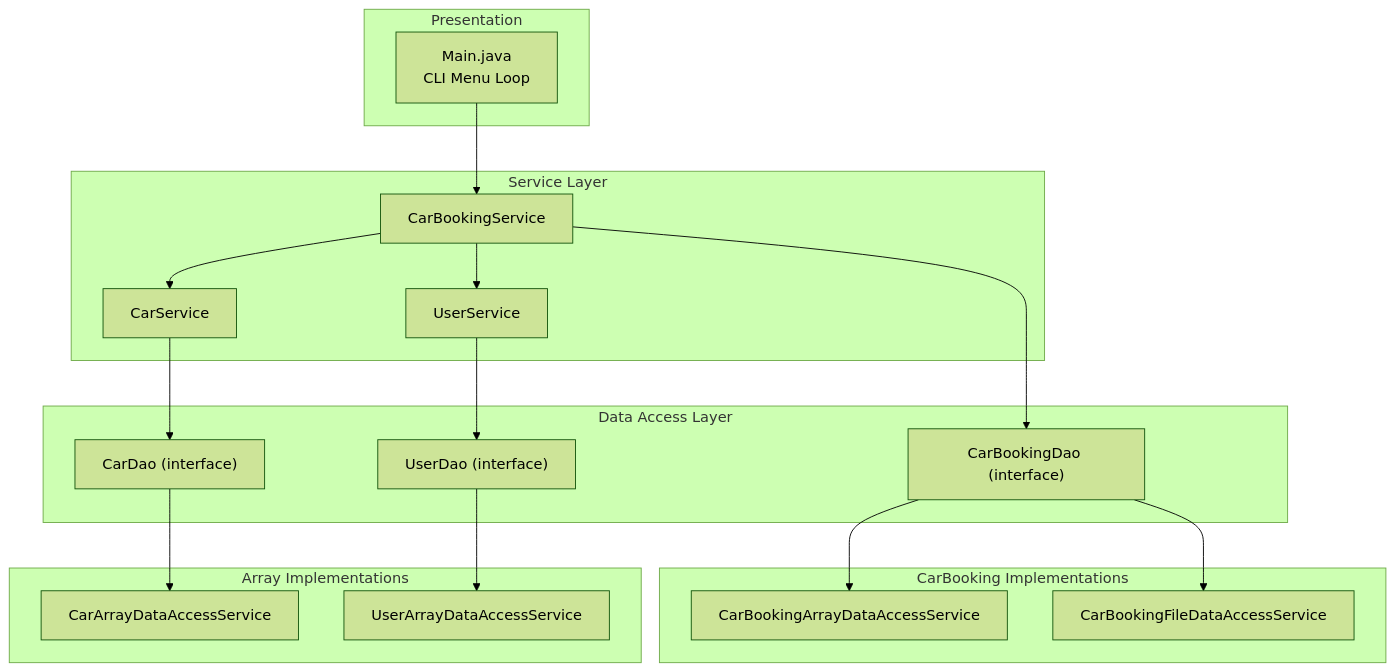
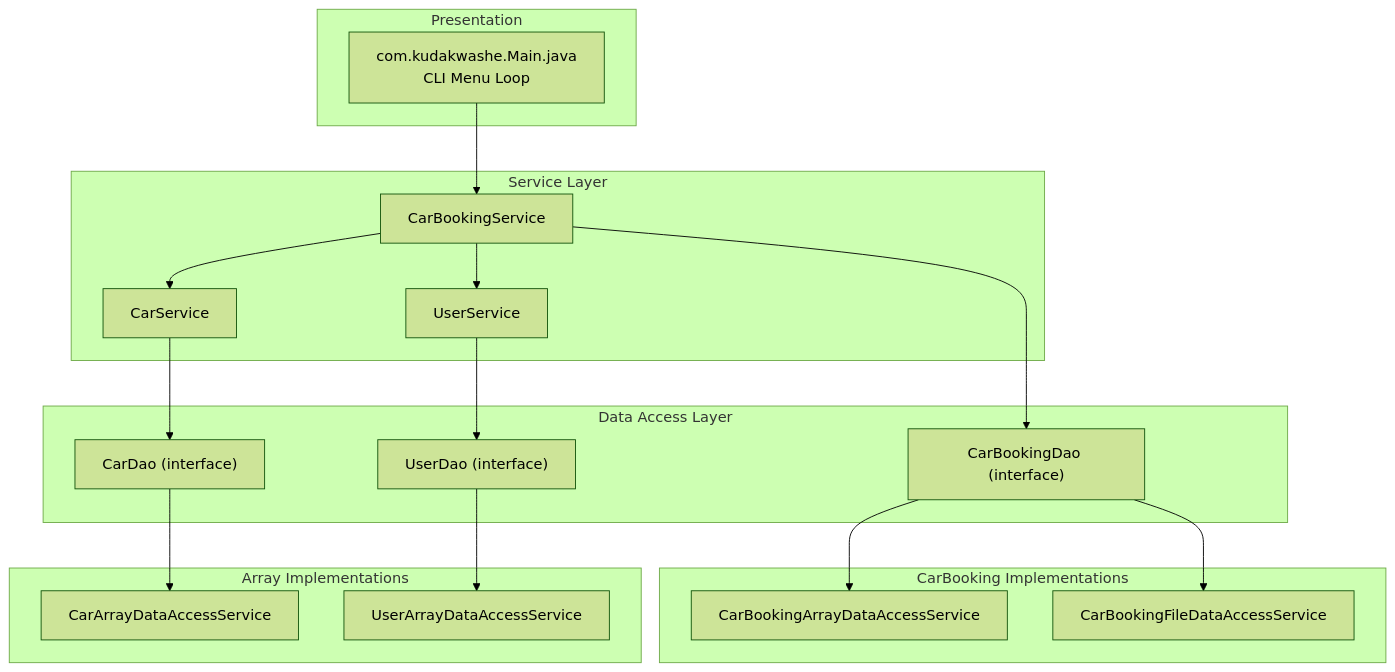
The sixth of 10 diagrams in README.md (siyagandak/java-master-class), drawn with Mermaid (forest theme) before and after one commit. The commit also changed other lines of this file and 1 other file, not shown here.

Commit message:
Move Main class into new package 'com.kudakwashe'

````diff
--- a/README.md
+++ b/README.md
@@ -437,39 +437,39 @@
 ```mermaid
 graph TB
     subgraph Presentation
-        M[Main.java<br>CLI Menu Loop]
+        M[com.kudakwashe.Main.java<br>CLI Menu Loop]
     end
 
     subgraph Service Layer
         CBS[CarBookingService]
         CS[CarService]
         US[UserService]
     end
 
     subgraph Data Access Layer
         CBD["CarBookingDao (interface)"]
         CD["CarDao (interface)"]
         UD["UserDao (interface)"]
     end
 
     subgraph CarBooking Implementations
         CBDA[CarBookingArrayDataAccessService]
         CBDF[CarBookingFileDataAccessService]
     end
 
     subgraph Array Implementations
         CDA[CarArrayDataAccessService]
         UDA[UserArrayDataAccessService]
     end
 
     M --> CBS
     CBS --> CS
     CBS --> US
     CBS --> CBD
     CS --> CD
     US --> UD
     CBD --> CBDA
     CBD --> CBDF
     CD --> CDA
     UD --> UDA
 ```
````
